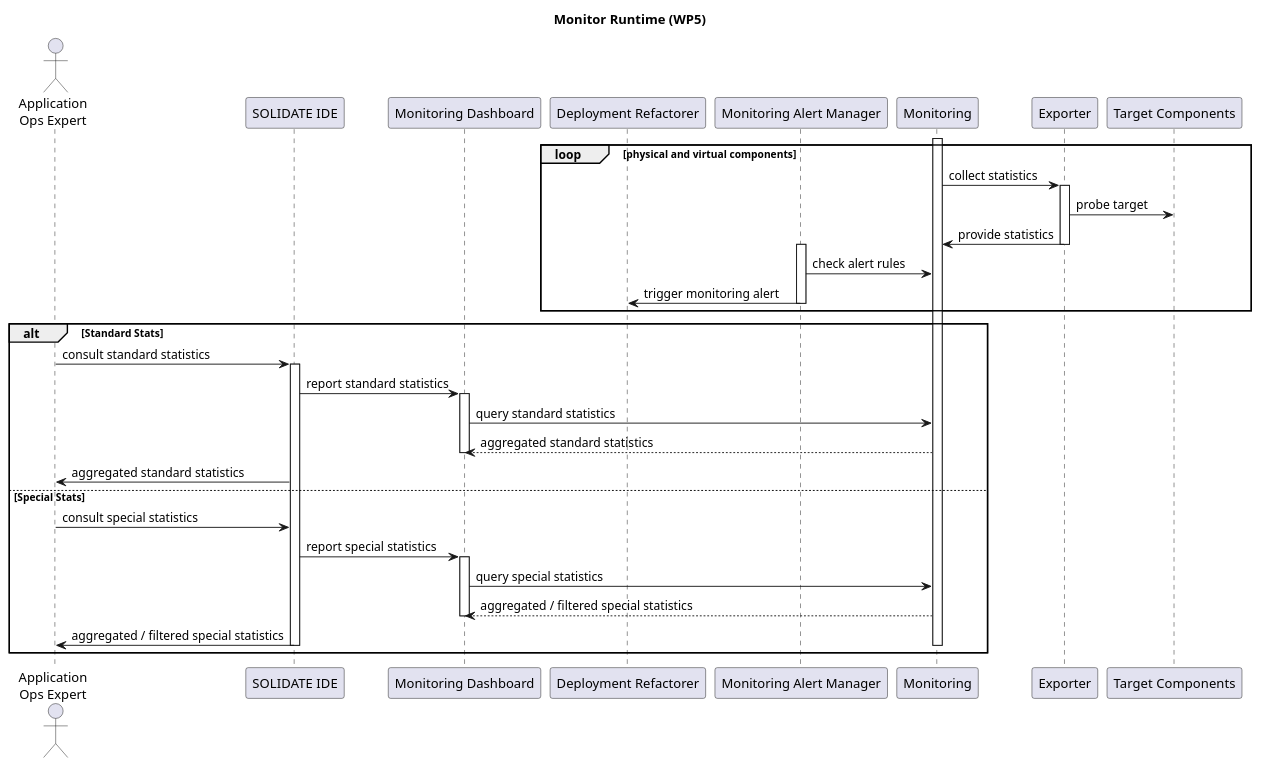
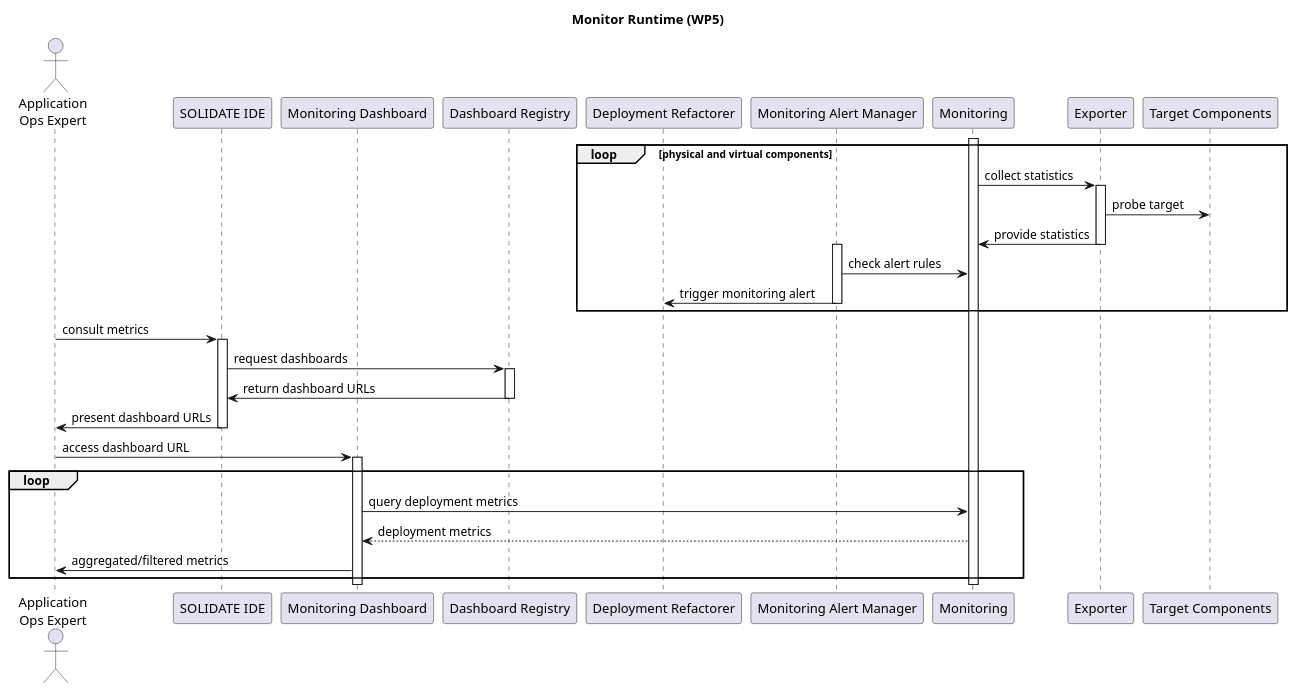
Before and after one commit to SODALITE-EU/project-wide-documentation: the diagram in uml/sequence-diagrams/UC-08-MonitorRuntime-WP5.puml, drawn with PlantUML. The commit also changed 1 other file, not shown here.

Commit message:
Updated UC6 and UC8 with changes to monitoring

```diff
--- a/uml/sequence-diagrams/UC-08-MonitorRuntime-WP5.puml
+++ b/uml/sequence-diagrams/UC-08-MonitorRuntime-WP5.puml
@@ -1,49 +1,51 @@
 @startuml
 
 title Monitor Runtime (WP5)
 
 actor "Application\nOps Expert" as ops
 participant "SOLIDATE IDE" as ide
 participant "Monitoring Dashboard" as dash
-participant “Deployment Refactorer” as dr
-participant “Monitoring Alert Manager” as alert_mngr
-participant  "Monitoring" as monitoring
+participant "Dashboard Registry" as registry
+participant "Deployment Refactorer" as dr
+participant "Monitoring Alert Manager" as alert_mngr
+participant "Monitoring" as monitoring
 participant "Exporter" as software
 participant "Target Components" as hardware
+
 
 activate monitoring
 
 loop physical and virtual components
   monitoring->software: collect statistics
   activate software
   software->hardware: probe target
   software->monitoring: provide statistics
   deactivate software
   activate alert_mngr
   monitoring<-alert_mngr: check alert rules
   alert_mngr->dr: trigger monitoring alert
   deactivate alert_mngr
 end
 
-alt Standard Stats
-  ops->ide: consult standard statistics
-  activate ide
-  ide->dash: report standard statistics
-  activate dash
-  dash->monitoring: query standard statistics
-  monitoring-->dash: aggregated standard statistics
-  deactivate dash
-  ide->ops: aggregated standard statistics
-else Special Stats
-  ops->ide: consult special statistics
-  ide->dash: report special statistics
-  activate dash
-  dash->monitoring: query special statistics
-  monitoring-->dash: aggregated / filtered special statistics
-  deactivate dash
-ide->ops: aggregated / filtered special statistics
 
+ops->ide: consult metrics
+activate ide
+ide->registry: request dashboards
+activate registry
+registry -> ide: return dashboard URLs
+deactivate registry
+ide -> ops: present dashboard URLs
 deactivate ide
+ops ->dash: access dashboard URL
+activate dash
+
+loop 
+  dash->monitoring: query deployment metrics
+  monitoring-->dash: deployment metrics
+  dash->ops: aggregated/filtered metrics
+end
+
+deactivate dash
 deactivate monitoring
-end
+
 @enduml
```
